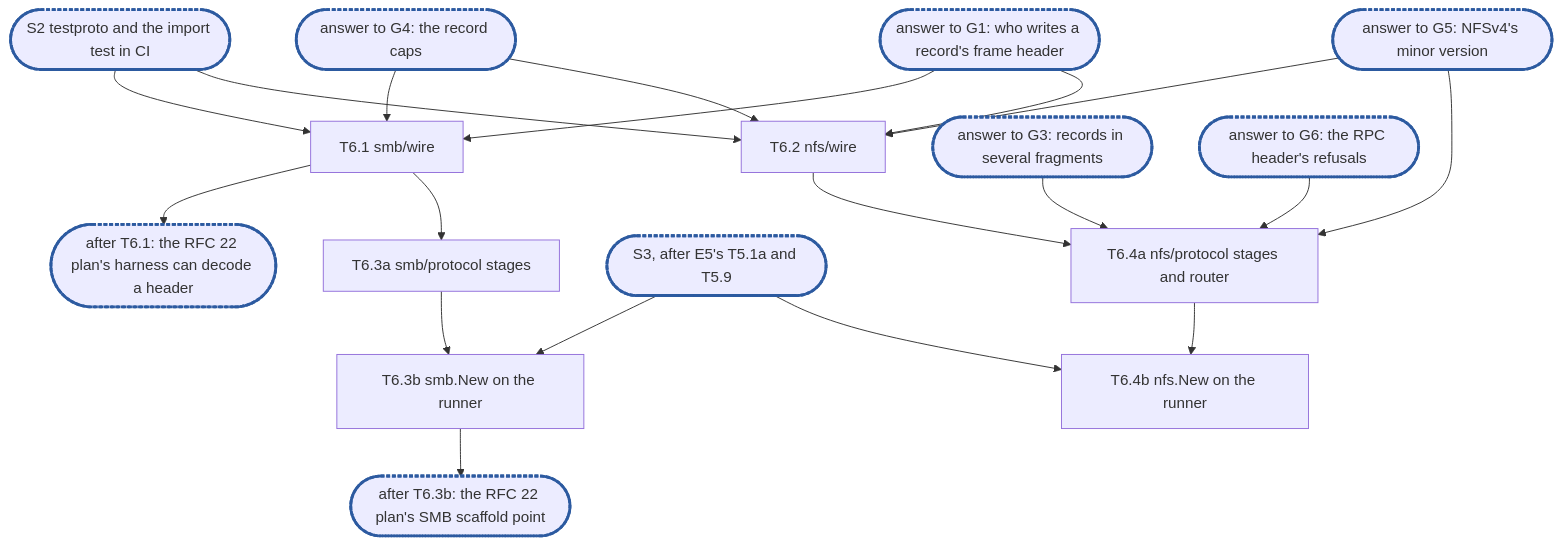
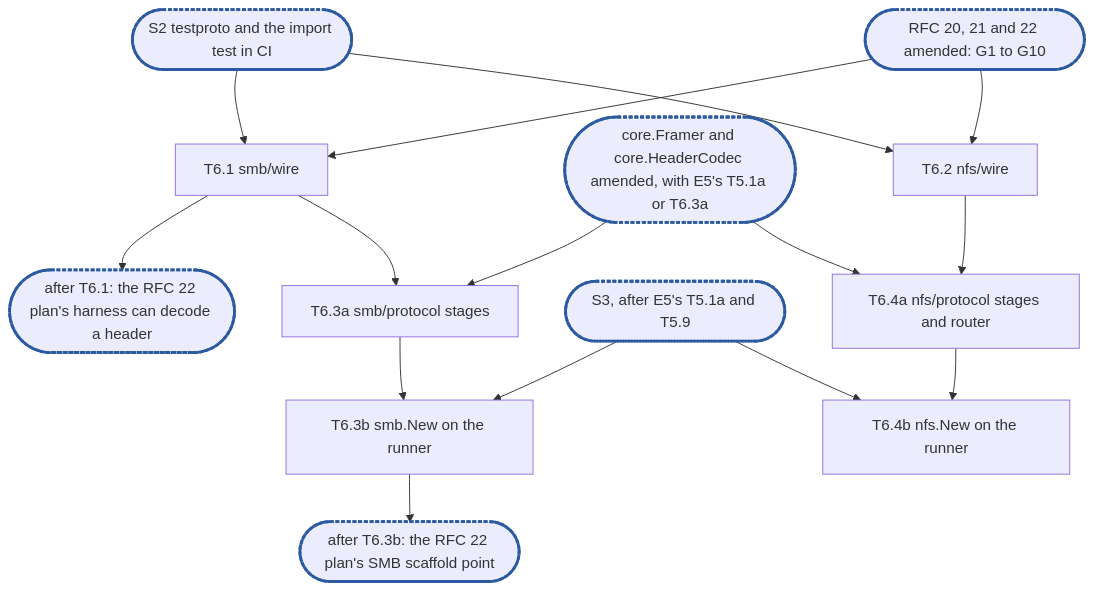
The diagram in docs/internals/planning/rfc-20-adapters-epic6.md (cubbit/dittofs), drawn with Mermaid before and after one commit. The commit also changed other lines of this file, not shown here.

First line of the commit message:
docs(planning): epic 6 points at the RFC amendment that settles G1 to G10

````diff
--- a/docs/internals/planning/rfc-20-adapters-epic6.md
+++ b/docs/internals/planning/rfc-20-adapters-epic6.md
@@ -756,22 +778,18 @@
 ```mermaid
 flowchart TD
   S2(["S2 testproto and the import test in CI"]):::sync --> T6_1["T6.1 smb/wire"]
-  G4(["answer to G4: the record caps"]):::sync --> T6_1
-  G1(["answer to G1: who writes a record's frame header"]):::sync --> T6_1
+  A(["RFC 20, 21 and 22 amended: G1 to G10"]):::sync --> T6_1
   T6_1 --> C1(["after T6.1: the RFC 22 plan's harness can decode a header"]):::sync
   T6_1 --> T6_3a["T6.3a smb/protocol stages"]
+  F(["core.Framer and core.HeaderCodec amended, with E5's T5.1a or T6.3a"]):::sync --> T6_3a
   T6_3a --> T6_3b["T6.3b smb.New on the runner"]
   S3(["S3, after E5's T5.1a and T5.9"]):::sync --> T6_3b
   T6_3b --> C2(["after T6.3b: the RFC 22 plan's SMB scaffold point"]):::sync
   S2 --> T6_2["T6.2 nfs/wire"]
-  G4 --> T6_2
-  G1 --> T6_2
-  G5(["answer to G5: NFSv4's minor version"]):::sync --> T6_2
+  A --> T6_2
   T6_2 --> T6_4a["T6.4a nfs/protocol stages and router"]
-  G3(["answer to G3: records in several fragments"]):::sync --> T6_4a
-  G5 --> T6_4a
-  G6(["answer to G6: the RPC header's refusals"]):::sync --> T6_4a
+  F --> T6_4a
   T6_4a --> T6_4b["T6.4b nfs.New on the runner"]
   S3 --> T6_4b
   classDef sync stroke:#2c5aa0,stroke-width:3px,stroke-dasharray:4 2
 ```
````
